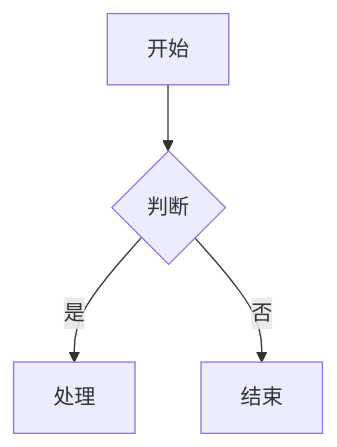
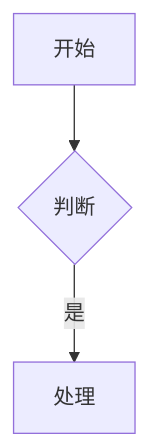
The first of 3 diagrams in plugins/fdiagram/SKILL.md (mengfanchun2017/skill), drawn with Mermaid before and after one commit. The commit also changed other lines of this file, not shown here.

````diff
--- a/plugins/fdiagram/SKILL.md
+++ b/plugins/fdiagram/SKILL.md
@@ -38,6 +48,5 @@
 ```mermaid
 flowchart TD
   A[开始] --> B{判断}
   B -->|是| C[处理]
-  B -->|否| D[结束]
 ```
````
